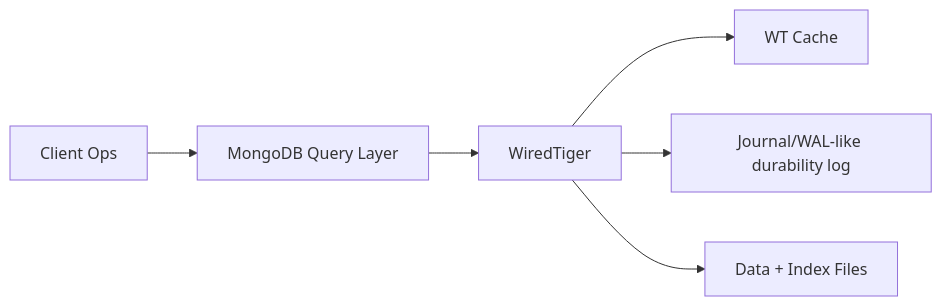
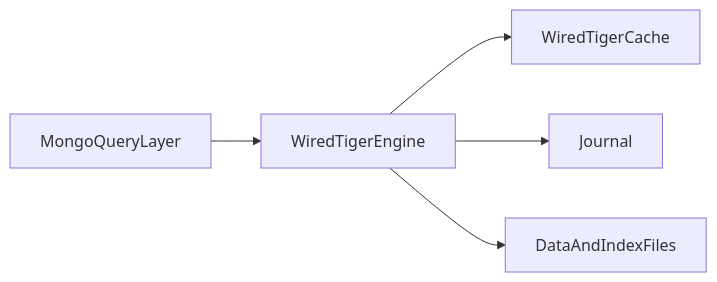
Before and after one commit to GabrielAlmeidaFlores/Senior-Software-Architect: the first of 2 diagrams in database/database-masterclass/03-nosql-paradigms/02-mongodb-architecture.md, drawn with Mermaid. The commit also changed other lines of this file and 19 other files, not shown here.

````diff
--- a/database/database-masterclass/03-nosql-paradigms/02-mongodb-architecture.md
+++ b/database/database-masterclass/03-nosql-paradigms/02-mongodb-architecture.md
@@ -19,8 +18,7 @@
 ```mermaid
 flowchart LR
-    Q[Client Ops] --> M[MongoDB Query Layer]
-    M --> WT[WiredTiger]
-    WT --> CACHE[WT Cache]
-    WT --> JOURNAL[Journal/WAL-like durability log]
-    WT --> DATA[Data + Index Files]
+    queryLayer[MongoQueryLayer] --> wiredTiger[WiredTigerEngine]
+    wiredTiger --> wtCache[WiredTigerCache]
+    wiredTiger --> journal[Journal]
+    wiredTiger --> dataFiles[DataAndIndexFiles]
 ```
````
